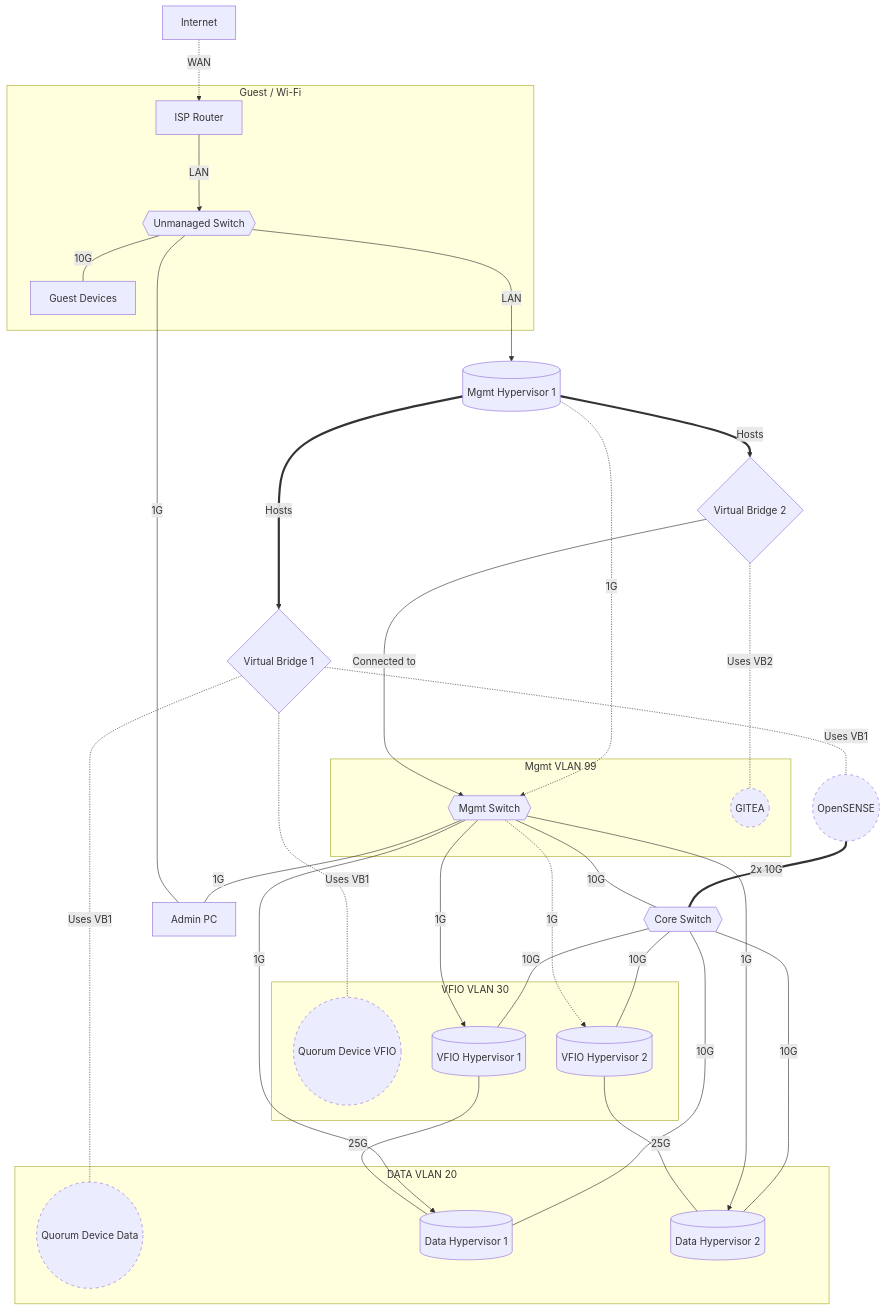
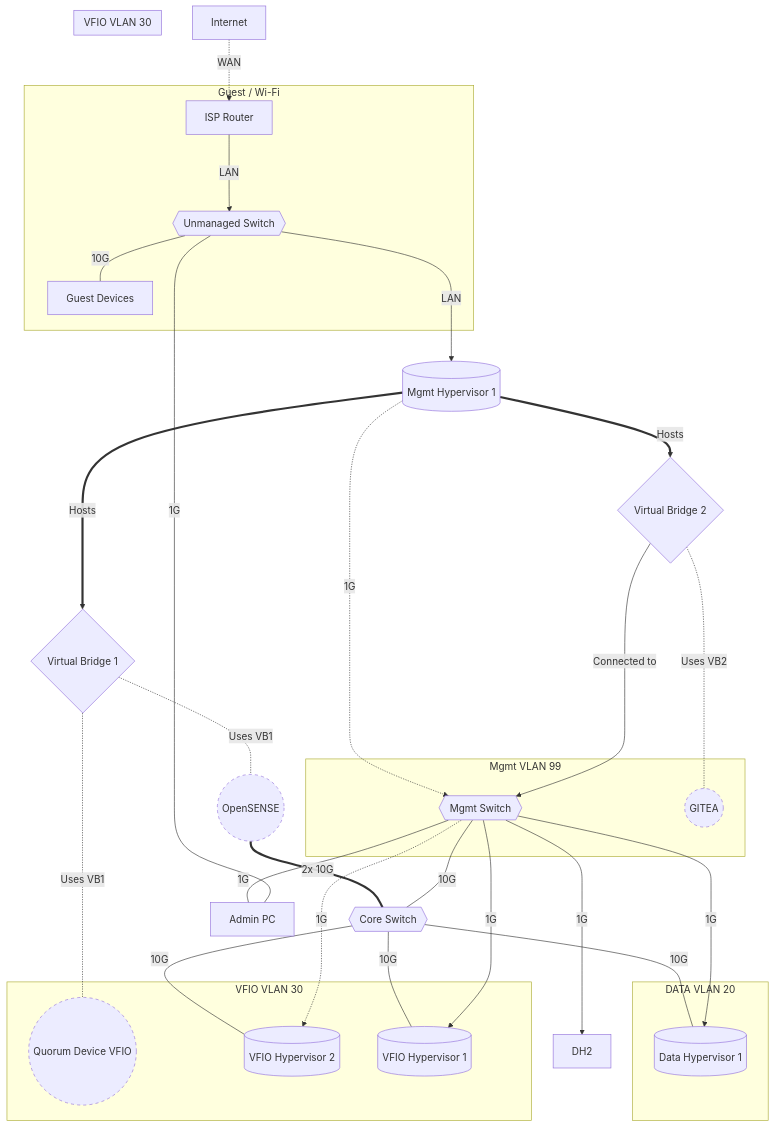
The diagram in alp/netop.md (woeiru/lab), drawn with Mermaid before and after one commit.

Commit message:
standard

````diff
--- a/alp/netop.md
+++ b/alp/netop.md
@@ -3,50 +3,48 @@
 ```mermaid
 graph TD
     INT[Internet] -.-> |WAN| ISPR[ISP Router]
     ISPR ---> |LAN| US
     US{{Unmanaged Switch}} ---> |LAN| MH1
     VB1{Virtual Bridge 1} -.- |"Uses VB1"| QDV((Quorum Device VFIO))
-    VB1 -.- |"Uses VB1"| QDD((Quorum Device Data))
     VB1 -.- |"Uses VB1"| OPN((OpenSENSE))
     OPN ===|"2x 10G"| CS{{Core Switch}}
     MH1[(Mgmt Hypervisor 1)] -.-> |"1G"| MS{{Mgmt Switch}}
     MS --- |"10G"| CS
     MS ---|"1G"| APC[Admin PC]
     APC ---|"1G"| US
     MH1 ==>|"Hosts"| VB1
     MH1 ==>|"Hosts"| VB2{Virtual Bridge 2}
     VB2 -.- |"Uses VB2"| GIT((GITEA))
     VB2 ---> |"Connected to"| MS
     CS ---|"10G"| VH2[(VFIO Hypervisor 2)]
     MS -.->|"1G"| VH2
     US ---|"10G"| GD[Guest Devices]
     CS ---|"10G"| VH1[(VFIO Hypervisor 1)]
     MS --->|"1G"| VH1
     CS ---|"10G"| DH1[(Data Hypervisor 1)]
     MS --->|"1G"| DH1
-    CS ---|"10G"| DH2[(Data Hypervisor 2)]
     MS --->|"1G"| DH2
-    VH1 ---|"25G"| DH1
-    VH2 ---|"25G"| DH2
     subgraph VLAN20 [DATA VLAN 20]
         DH1
-        DH2
-        QDD
     end
     subgraph VLAN30 [VFIO VLAN 30]
         VH1
         VH2
         QDV
     end
+    subgraph VLAN40 [VFIO VLAN 30]
+        
+    end
+
     subgraph VLAN99 [Mgmt VLAN 99]
         MS
         GIT
     end
     subgraph Guest [Guest / Wi-Fi]
         ISPR
         GD
         US
     end
     classDef punctuated stroke-dasharray: 5 5;
-    class GIT,QDV,QDD,OPN punctuated;
+    class GIT,QDV,OPN punctuated;
 ```
````
